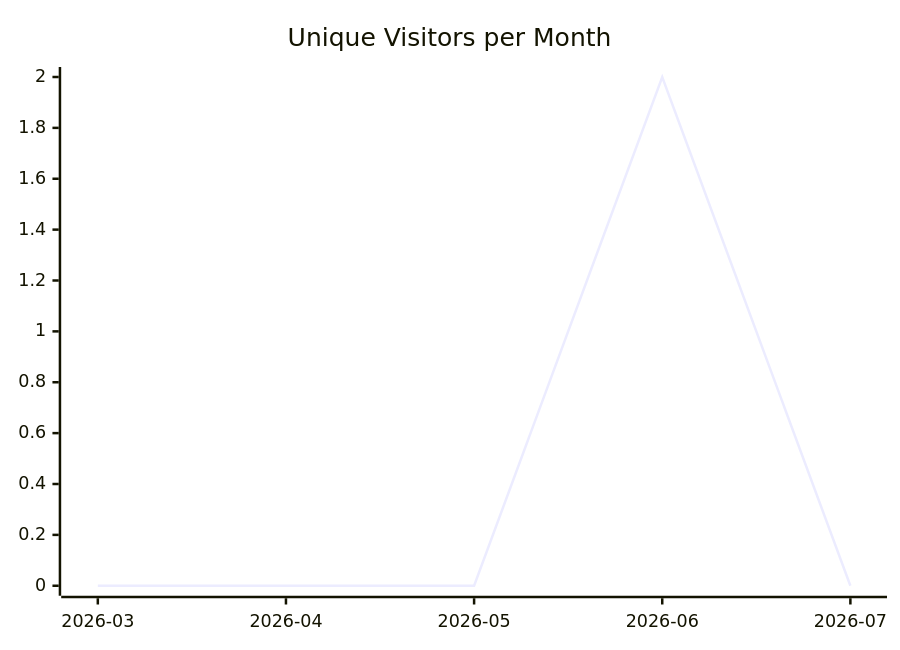
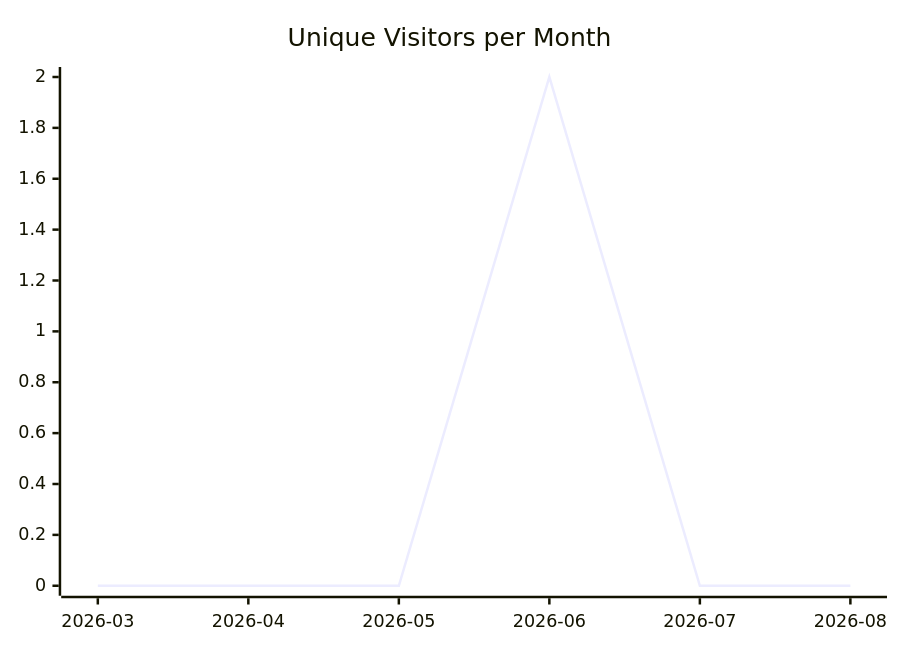
One commit to justdavis-family/github-analytics-data changed the first of 3 diagrams in karlmdavis/ansible-role-ldap/README.md. Above: the diagram before and after it, drawn with Mermaid. The commit also changed other lines of this file and 184 other files, not shown here.

````diff
--- a/karlmdavis/ansible-role-ldap/README.md
+++ b/karlmdavis/ansible-role-ldap/README.md
@@ -5,6 +5,6 @@
 ```mermaid
 xychart-beta
   title "Unique Visitors per Month"
-  x-axis ["2026-03", "2026-04", "2026-05", "2026-06", "2026-07"]
-  line [0, 0, 0, 2, 0]
+  x-axis ["2026-03", "2026-04", "2026-05", "2026-06", "2026-07", "2026-08"]
+  line [0, 0, 0, 2, 0, 0]
 ```
````
